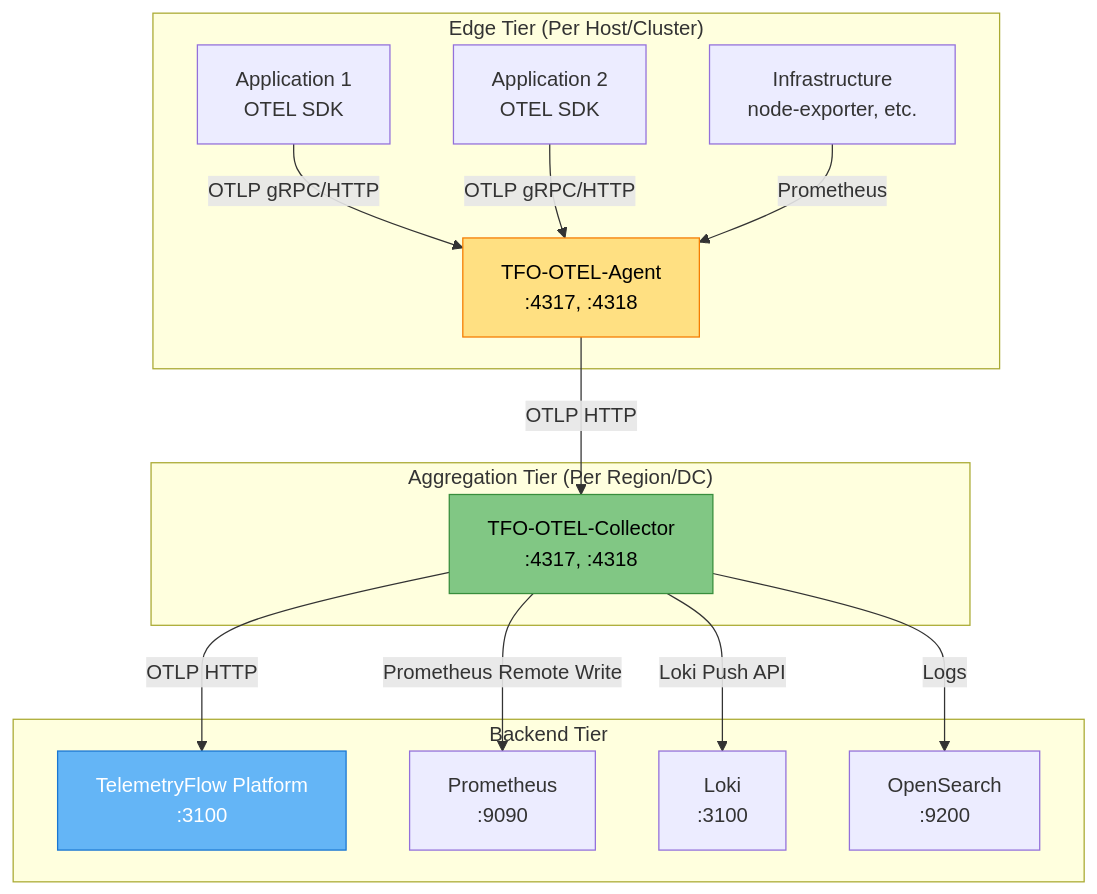
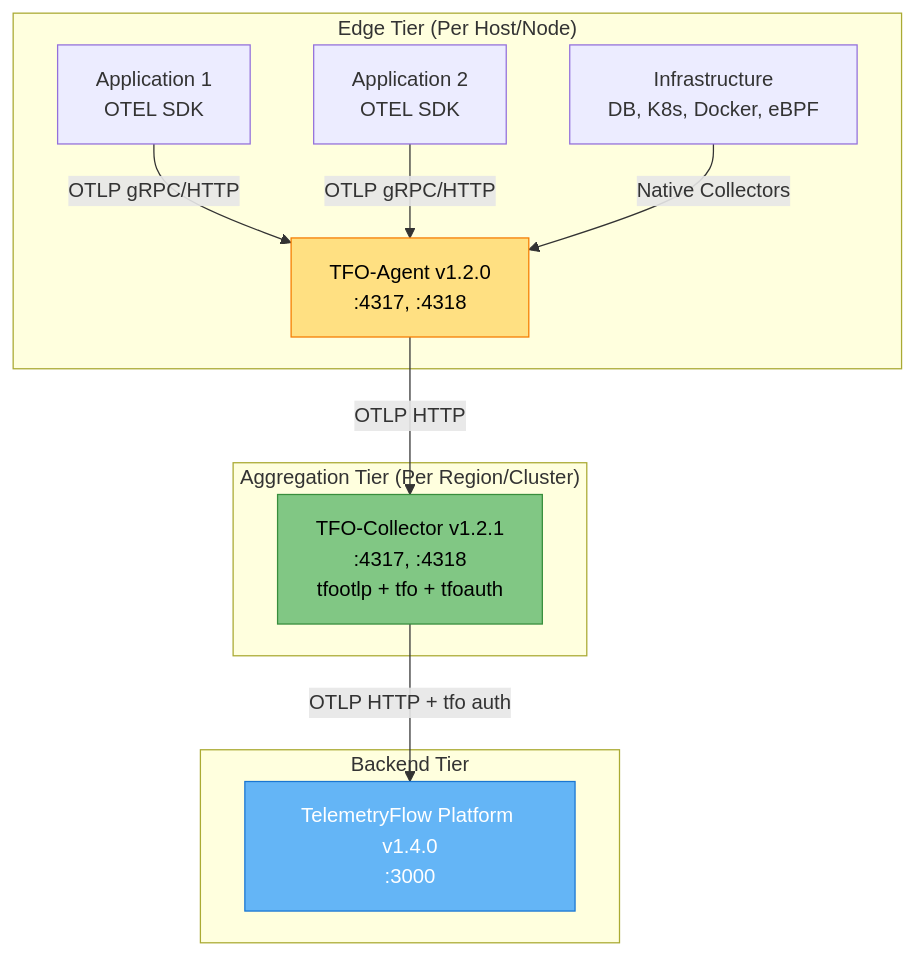
One commit to telemetryflow/telemetryflow-overview changed the first of 3 diagrams in tfo-otel/README.md. Above: the diagram before and after it, drawn with Mermaid. The commit also changed other lines of this file and 68 other files, not shown here.

Commit message:
feat: TFO Overview Update, TFO Platform v1.4.0

````diff
--- a/tfo-otel/README.md
+++ b/tfo-otel/README.md
@@ -198,35 +217,29 @@
 ```mermaid
 graph TB
-    subgraph "Edge Tier (Per Host/Cluster)"
+    subgraph "Edge Tier (Per Host/Node)"
         APP1[Application 1<br/>OTEL SDK]
         APP2[Application 2<br/>OTEL SDK]
-        INFRA[Infrastructure<br/>node-exporter, etc.]
+        INFRA[Infrastructure<br/>DB, K8s, Docker, eBPF]
 
-        AGENT[TFO-OTEL-Agent<br/>:4317, :4318]
+        AGENT[TFO-Agent v1.2.0<br/>:4317, :4318]
     end
 
-    subgraph "Aggregation Tier (Per Region/DC)"
-        COLLECTOR[TFO-OTEL-Collector<br/>:4317, :4318]
+    subgraph "Aggregation Tier (Per Region/Cluster)"
+        COLLECTOR[TFO-Collector v1.2.1<br/>:4317, :4318<br/>tfootlp + tfo + tfoauth]
     end
 
     subgraph "Backend Tier"
-        TFO[TelemetryFlow Platform<br/>:3100]
-        PROM[Prometheus<br/>:9090]
-        LOKI[Loki<br/>:3100]
-        OS[OpenSearch<br/>:9200]
+        TFO[TelemetryFlow Platform v1.4.0<br/>:3000]
     end
 
     APP1 -->|OTLP gRPC/HTTP| AGENT
     APP2 -->|OTLP gRPC/HTTP| AGENT
-    INFRA -->|Prometheus| AGENT
+    INFRA -->|Native Collectors| AGENT
 
     AGENT -->|OTLP HTTP| COLLECTOR
-    COLLECTOR -->|OTLP HTTP| TFO
-    COLLECTOR -->|Prometheus Remote Write| PROM
-    COLLECTOR -->|Loki Push API| LOKI
-    COLLECTOR -->|Logs| OS
+    COLLECTOR -->|OTLP HTTP + tfo auth| TFO
 
     style AGENT fill:#FFE082,stroke:#F57C00,color:#000
     style COLLECTOR fill:#81C784,stroke:#388E3C,color:#000
     style TFO fill:#64B5F6,stroke:#1976D2,color:#fff
 ```
````
